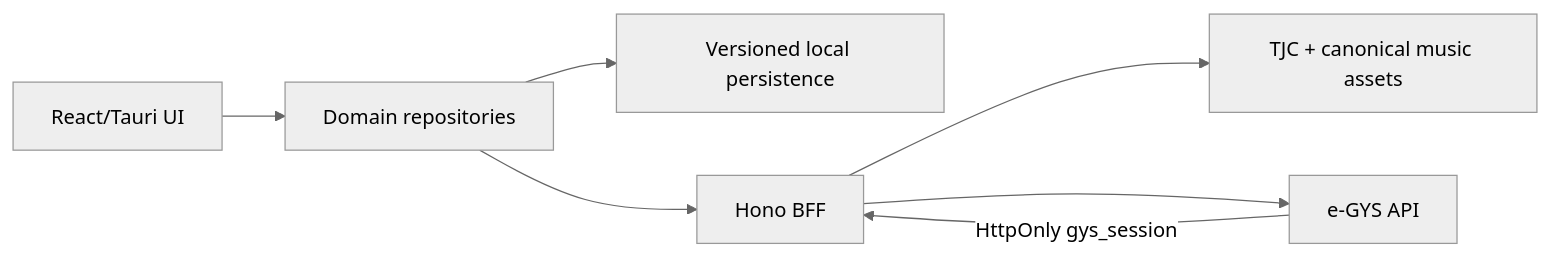
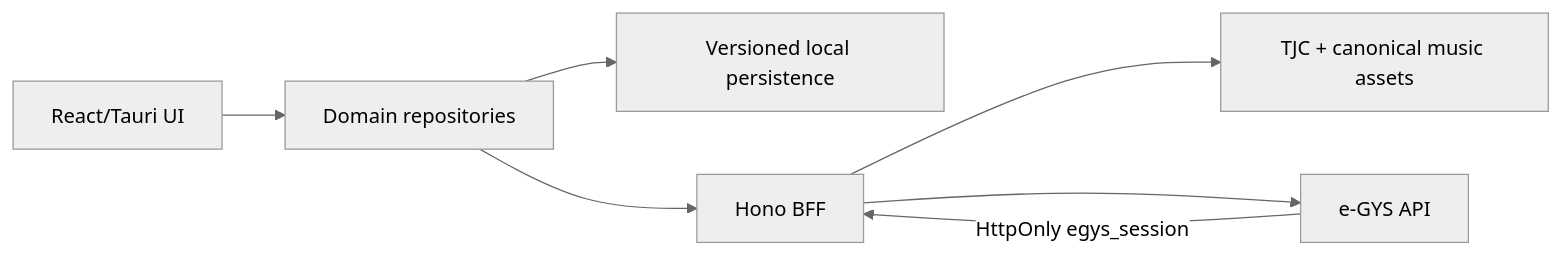
One commit to gyspnk/GYSApp-Tauri changed the diagram in README.md. Above: the diagram before and after it, drawn with Mermaid (neutral theme). The commit also changed other lines of this file and 21 other files, not shown here.

````diff
--- a/README.md
+++ b/README.md
@@ -29,9 +29,9 @@
 ```mermaid
 flowchart LR
   UI[React/Tauri UI] --> DOMAIN[Domain repositories]
   DOMAIN --> LOCAL[Versioned local persistence]
   DOMAIN --> BFF[Hono BFF]
   BFF --> CONTENT[TJC + canonical music assets]
   BFF --> EGYS[e-GYS API]
-  EGYS -->|HttpOnly gys_session| BFF
+  EGYS -->|HttpOnly egys_session| BFF
 ```
````
